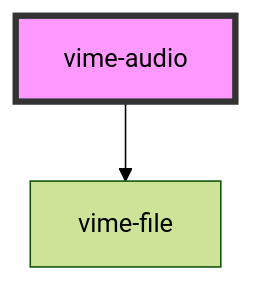
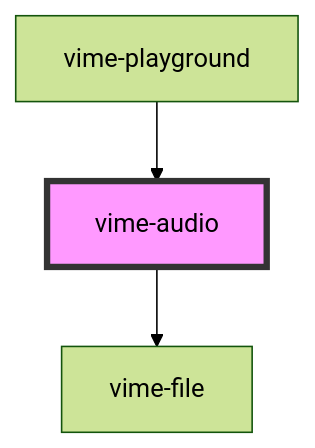
Before and after one commit to vime-js/vime: the diagram in docs/docs/components/providers/audio.md, drawn with Mermaid (forest theme). The commit also changed other lines of this file and 37 other files, not shown here.

Commit message:
feat: new `vime-playground` component for testing and playing with vime

````diff
--- a/docs/docs/components/providers/audio.md
+++ b/docs/docs/components/providers/audio.md
@@ -174,5 +178,6 @@
 ```mermaid
 graph TD;
   vime-audio --> vime-file
+  vime-playground --> vime-audio
   style vime-audio fill:#f9f,stroke:#333,stroke-width:4px
 ```
````
